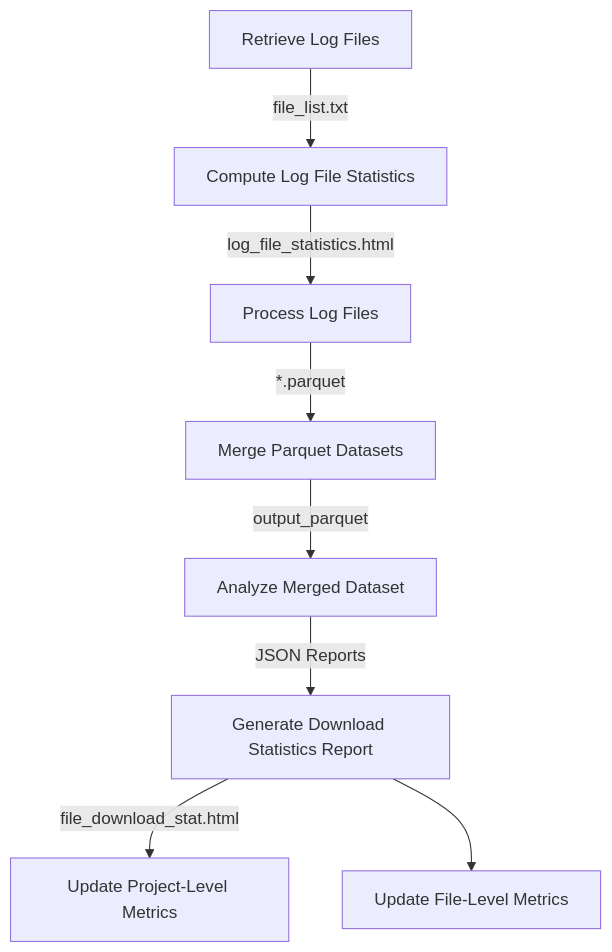
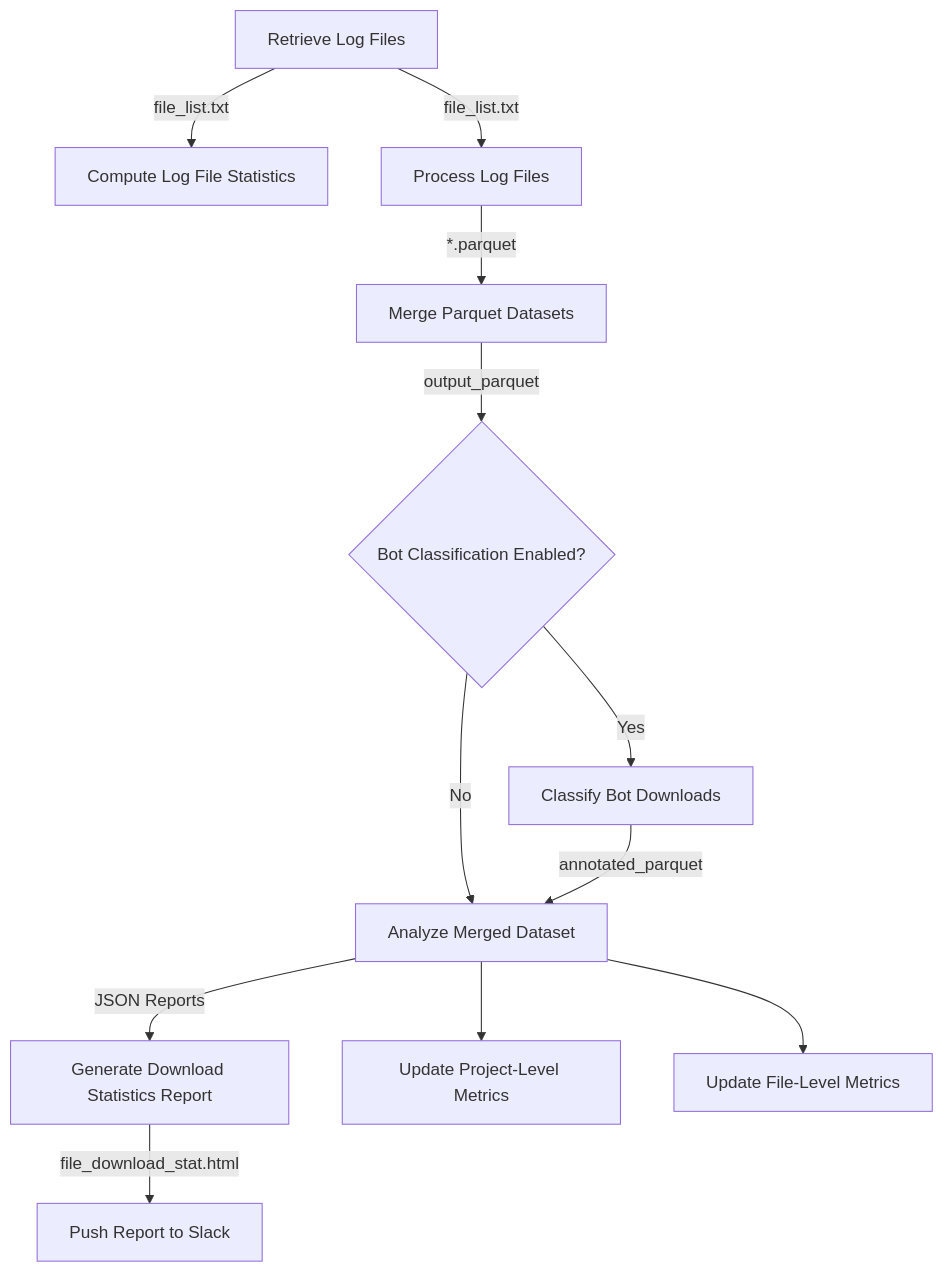
Before and after one commit to sureshhewabi/nf-downloadstats: the diagram in README.md, drawn with Mermaid. The commit also changed other lines of this file, not shown here.

````diff
--- a/README.md
+++ b/README.md
@@ -59,10 +72,14 @@
 ```mermaid
 flowchart TD;
     A[Retrieve Log Files] -->|file_list.txt| B[Compute Log File Statistics];
-    B -->|log_file_statistics.html| C[Process Log Files];
+    A -->|file_list.txt| C[Process Log Files];
     C -->|*.parquet| D[Merge Parquet Datasets];
-    D -->|output_parquet| E[Analyze Merged Dataset];
-    E -->|JSON Reports| F[Generate Download Statistics Report];
-    F -->|file_download_stat.html| G[Update Project-Level Metrics];
-    F --> H[Update File-Level Metrics];
+    D -->|output_parquet| E{Bot Classification Enabled?};
+    E -->|Yes| F[Classify Bot Downloads];
+    E -->|No| G[Analyze Merged Dataset];
+    F -->|annotated_parquet| G;
+    G -->|JSON Reports| H[Generate Download Statistics Report];
+    H -->|file_download_stat.html| I[Push Report to Slack];
+    G --> J[Update Project-Level Metrics];
+    G --> K[Update File-Level Metrics];
 ```
````
